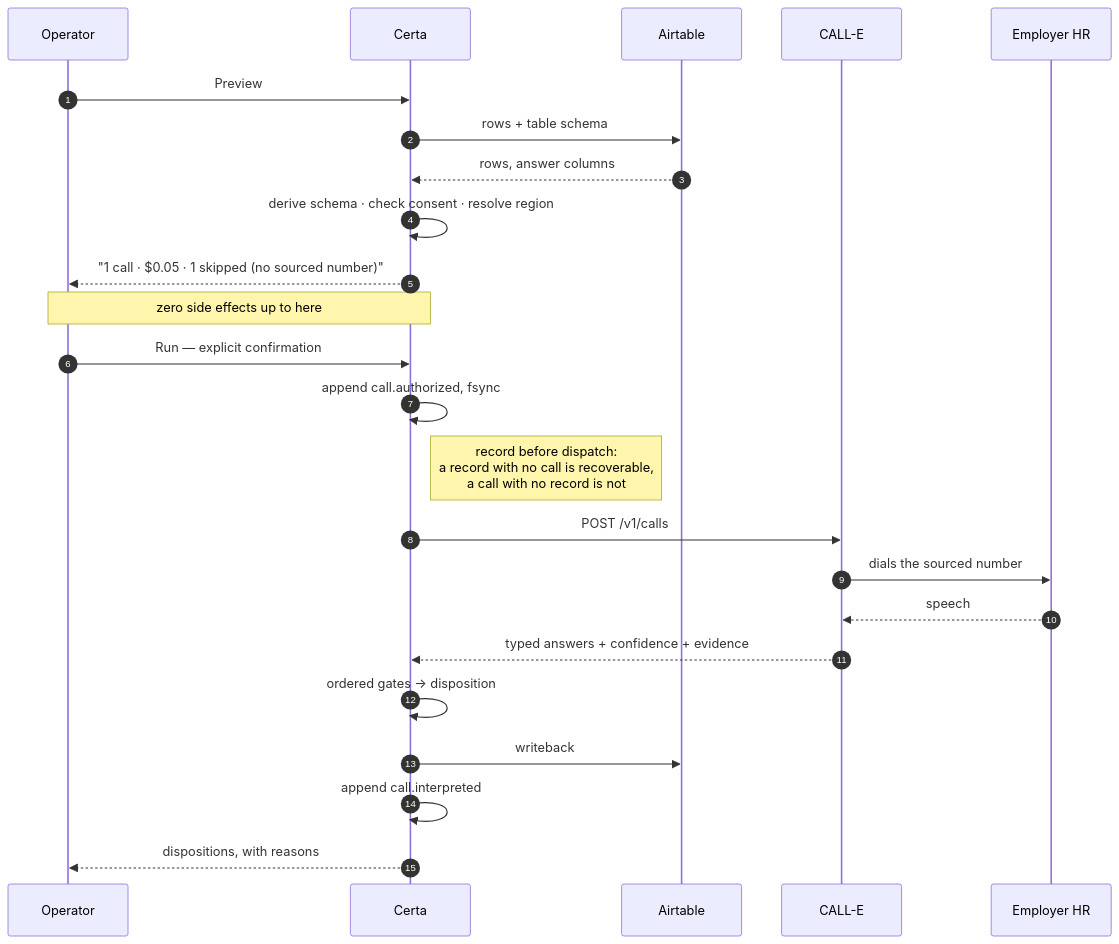
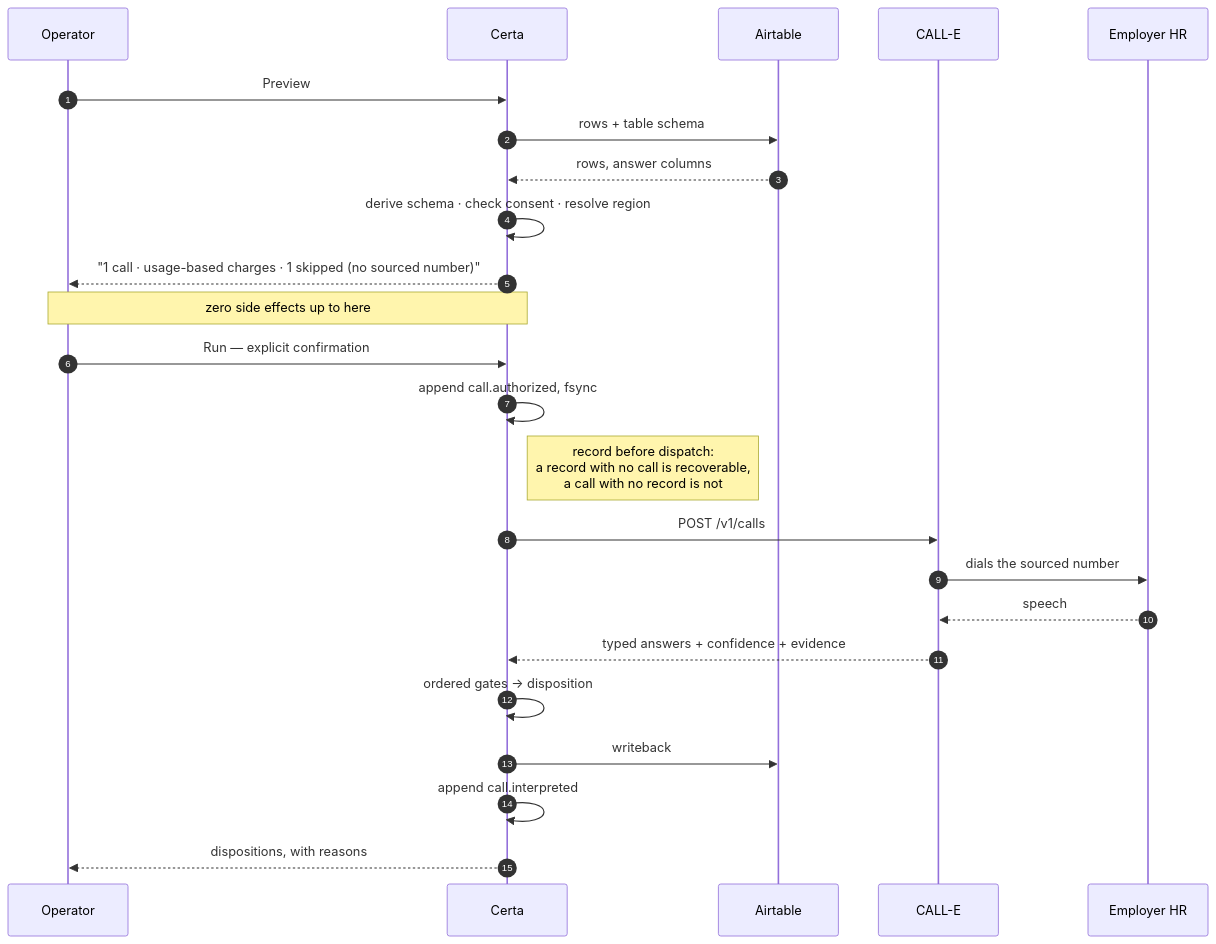
Before and after one commit to CALLE-AI/awesome-phone-call-agents: the fourth of 4 diagrams in plugins/airtable-calle-certa/README.md, drawn with Mermaid. The commit also changed other lines of this file and 39 other files, not shown here.

````diff
--- a/plugins/airtable-calle-certa/README.md
+++ b/plugins/airtable-calle-certa/README.md
@@ -244,27 +244,27 @@
 ```mermaid
 sequenceDiagram
   autonumber
   participant O as Operator
   participant C as Certa
   participant A as Airtable
   participant E as CALL-E
   participant H as Employer HR
 
   O->>C: Preview
   C->>A: rows + table schema
   A-->>C: rows, answer columns
   C->>C: derive schema · check consent · resolve region
-  C-->>O: "1 call · $0.05 · 1 skipped (no sourced number)"
+  C-->>O: "1 call · usage-based charges · 1 skipped (no sourced number)"
   Note over O,C: zero side effects up to here
   O->>C: Run — explicit confirmation
   C->>C: append call.authorized, fsync
   Note right of C: record before dispatch:<br/>a record with no call is recoverable,<br/>a call with no record is not
   C->>E: POST /v1/calls
   E->>H: dials the sourced number
   H-->>E: speech
   E-->>C: typed answers + confidence + evidence
   C->>C: ordered gates → disposition
   C->>A: writeback
   C->>C: append call.interpreted
   C-->>O: dispositions, with reasons
 ```
````
